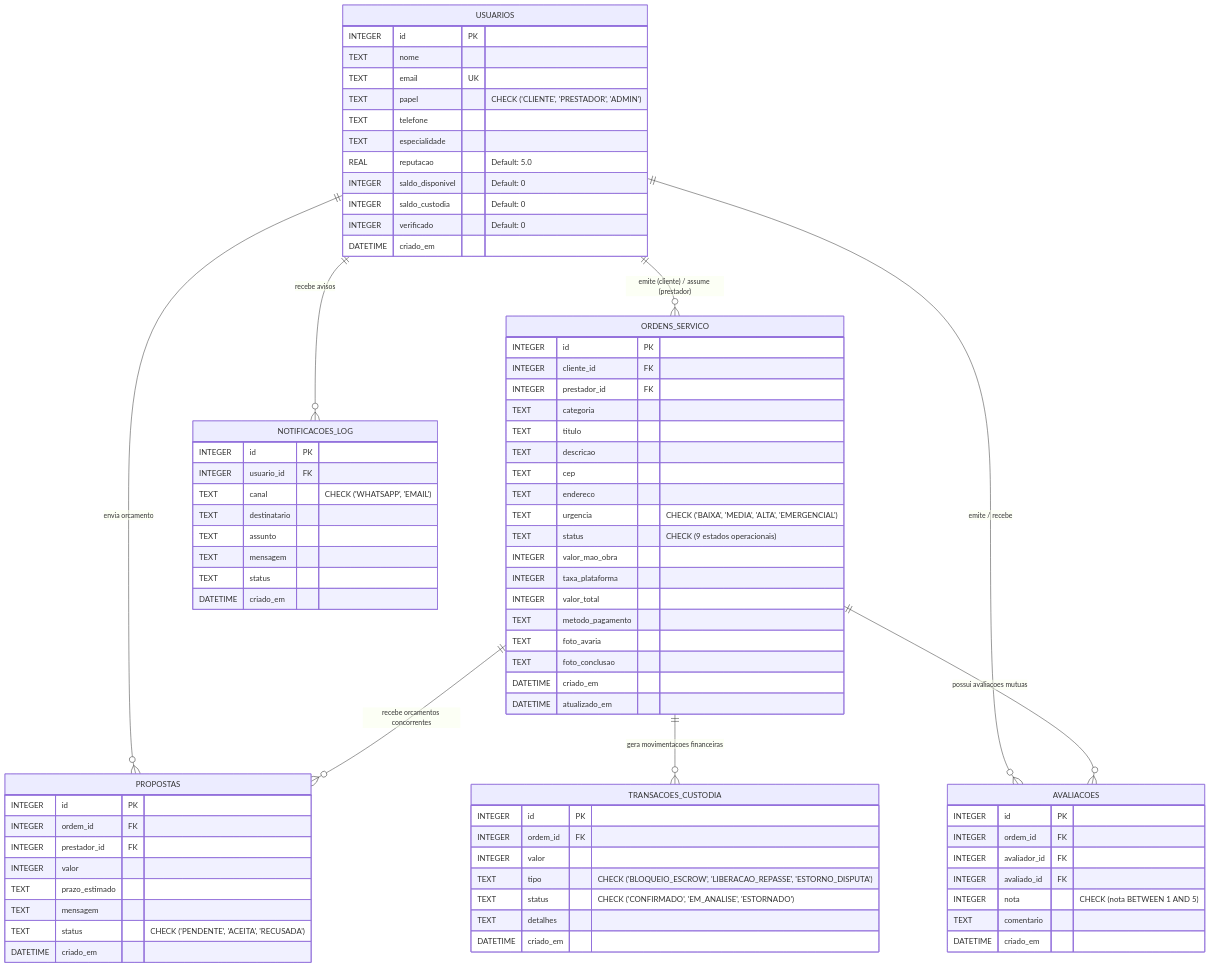
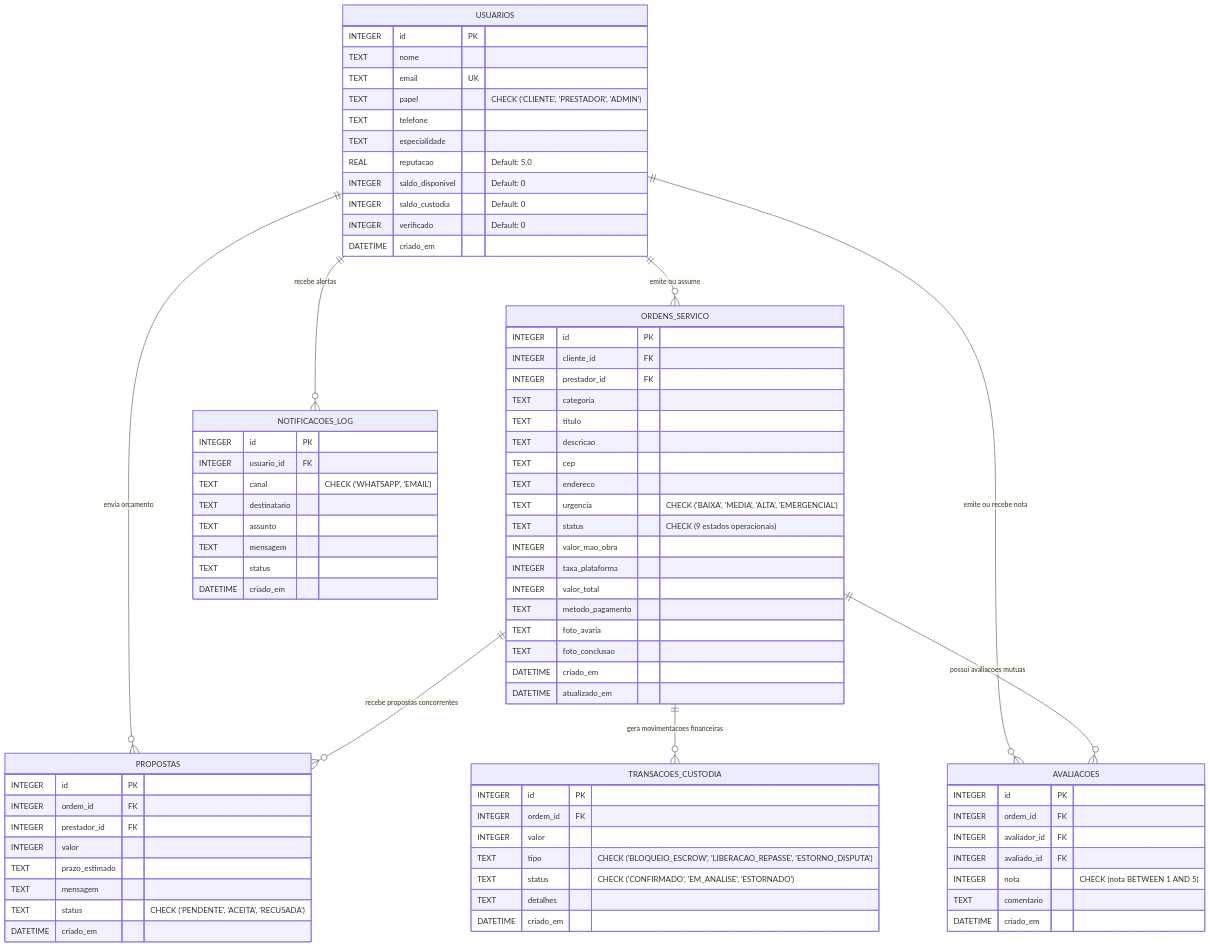
The diagram in docs/estrutura-banco-de-dados.md (ViniMSimoes/freela), drawn with Mermaid before and after one commit. The commit also changed other lines of this file and 3 other files, not shown here.

````diff
--- a/docs/estrutura-banco-de-dados.md
+++ b/docs/estrutura-banco-de-dados.md
@@ -35,10 +48,10 @@
 ```mermaid
 erDiagram
-    USUARIOS ||--o{ ORDENS_SERVICO : "emite (cliente) / assume (prestador)"
+    USUARIOS ||--o{ ORDENS_SERVICO : "emite ou assume"
     USUARIOS ||--o{ PROPOSTAS : "envia orcamento"
-    USUARIOS ||--o{ AVALIACOES : "emite / recebe"
-    USUARIOS ||--o{ NOTIFICACOES_LOG : "recebe avisos"
-    ORDENS_SERVICO ||--o{ PROPOSTAS : "recebe orcamentos concorrentes"
+    USUARIOS ||--o{ AVALIACOES : "emite ou recebe nota"
+    USUARIOS ||--o{ NOTIFICACOES_LOG : "recebe alertas"
+    ORDENS_SERVICO ||--o{ PROPOSTAS : "recebe propostas concorrentes"
     ORDENS_SERVICO ||--o{ TRANSACOES_CUSTODIA : "gera movimentacoes financeiras"
     ORDENS_SERVICO ||--o{ AVALIACOES : "possui avaliacoes mutuas"
 
````
